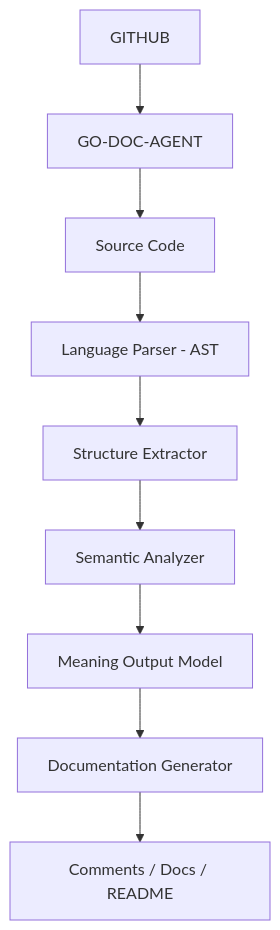
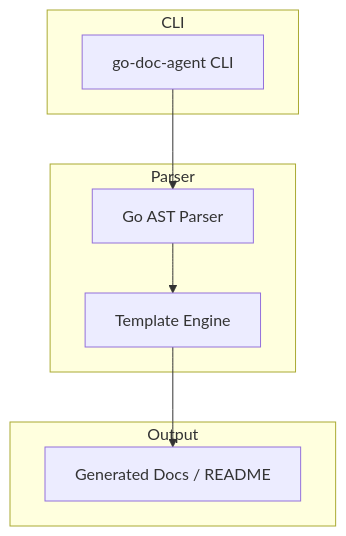
The diagram in README.md (amonvix/go-doc-agent), drawn with Mermaid before and after one commit. The commit also changed other lines of this file, not shown here.

Commit message:
docs(readme): add usage section with CLI example

````diff
--- a/README.md
+++ b/README.md
@@ -61,12 +65,20 @@
 ```mermaid
 flowchart TD
-    A[GITHUB] --> B[GO-DOC-AGENT]
-    B --> C[Source Code]
-    C --> D[Language Parser - AST]
-    D --> E[Structure Extractor]
-    E --> F[Semantic Analyzer]
-    F --> G[Meaning Output Model]
-    G --> H[Documentation Generator]
-    H --> I[Comments / Docs / README]
+  subgraph CLI
+    A[go-doc-agent CLI]
+  end
+
+  subgraph Parser
+    B[Go AST Parser]
+    C[Template Engine]
+  end
+
+  subgraph Output
+    D[Generated Docs / README]
+  end
+
+  A --> B
+  B --> C
+  C --> D
     
 ```
````
